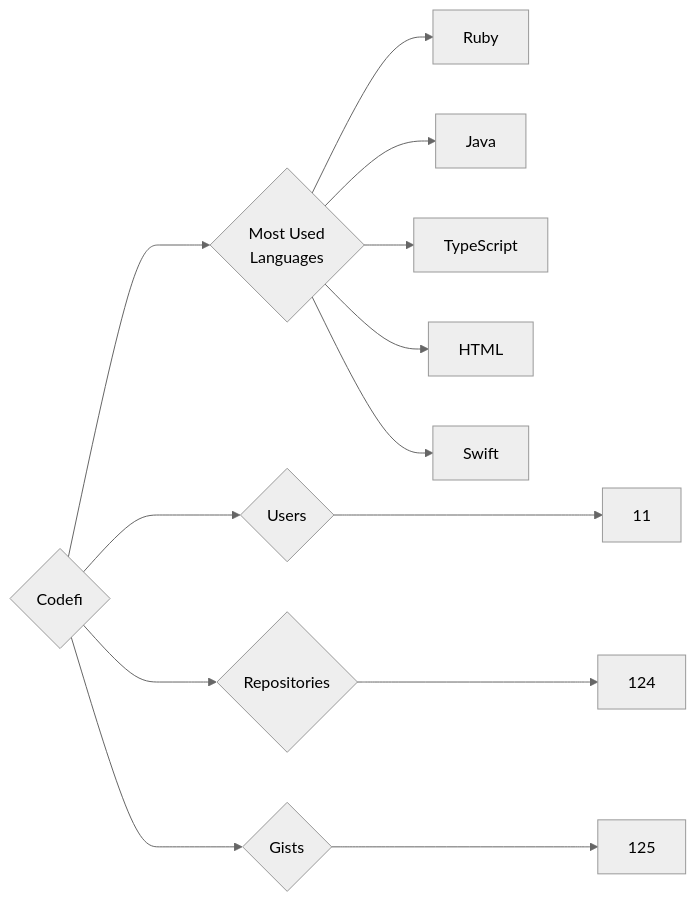
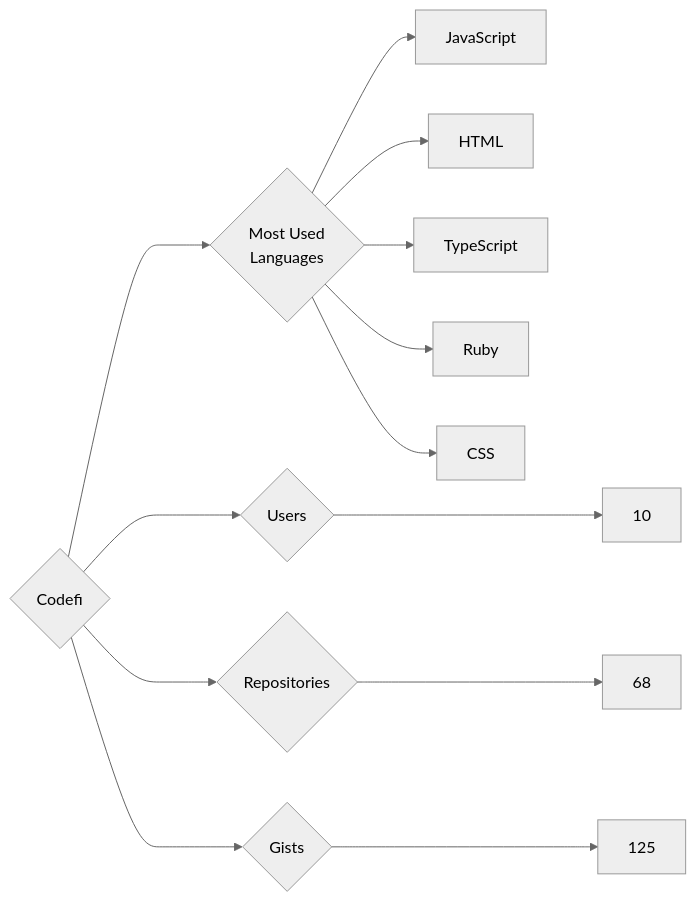
One commit to trickest/insiders changed the diagram in targets/Codefi/README.md. Above: the diagram before and after it, drawn with Mermaid (neutral theme). The commit also changed 745 other files, not shown here.

````diff
--- a/targets/Codefi/README.md
+++ b/targets/Codefi/README.md
@@ -3,13 +3,13 @@
 ```mermaid
 graph LR
 COMPANY_NAME{Codefi}
-COMPANY_NAME ---> U{Users} ---> UN[11]
-COMPANY_NAME ---> R{Repositories} ---> RN[124]
+COMPANY_NAME ---> U{Users} ---> UN[10]
+COMPANY_NAME ---> R{Repositories} ---> RN[68]
 COMPANY_NAME ---> G{Gists} ---> GN[125]
 COMPANY_NAME ---> ML{Most Used<br>Languages}
+ML --> JavaScript[JavaScript]
+ML --> HTML[HTML]
+ML --> TypeScript[TypeScript]
 ML --> Ruby[Ruby]
-ML --> Java[Java]
-ML --> TypeScript[TypeScript]
-ML --> HTML[HTML]
-ML --> Swift[Swift]
+ML --> CSS[CSS]
 ```
````
